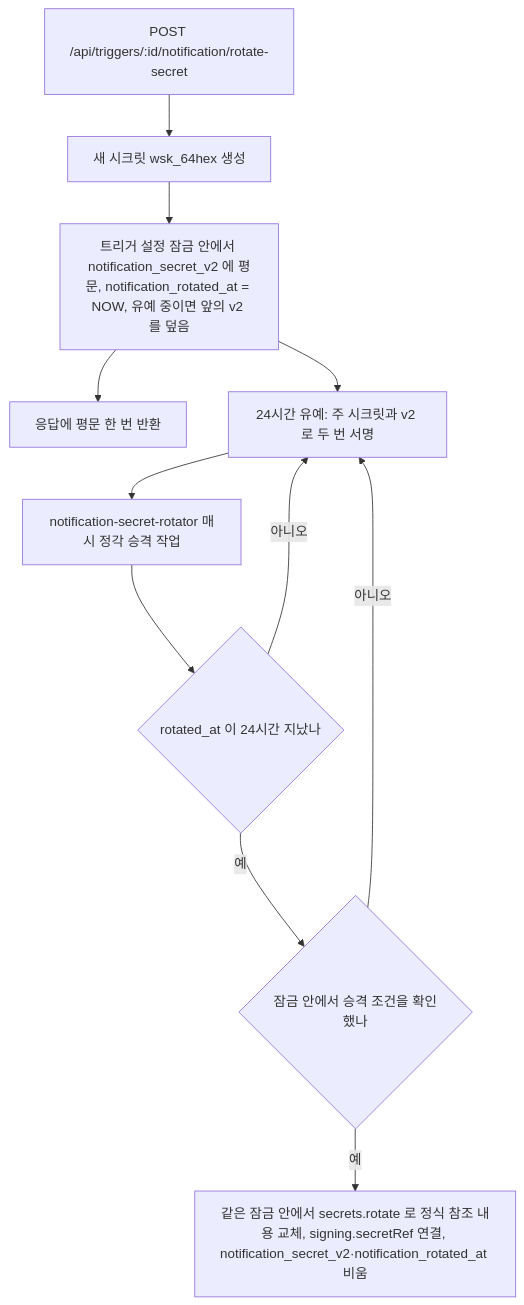
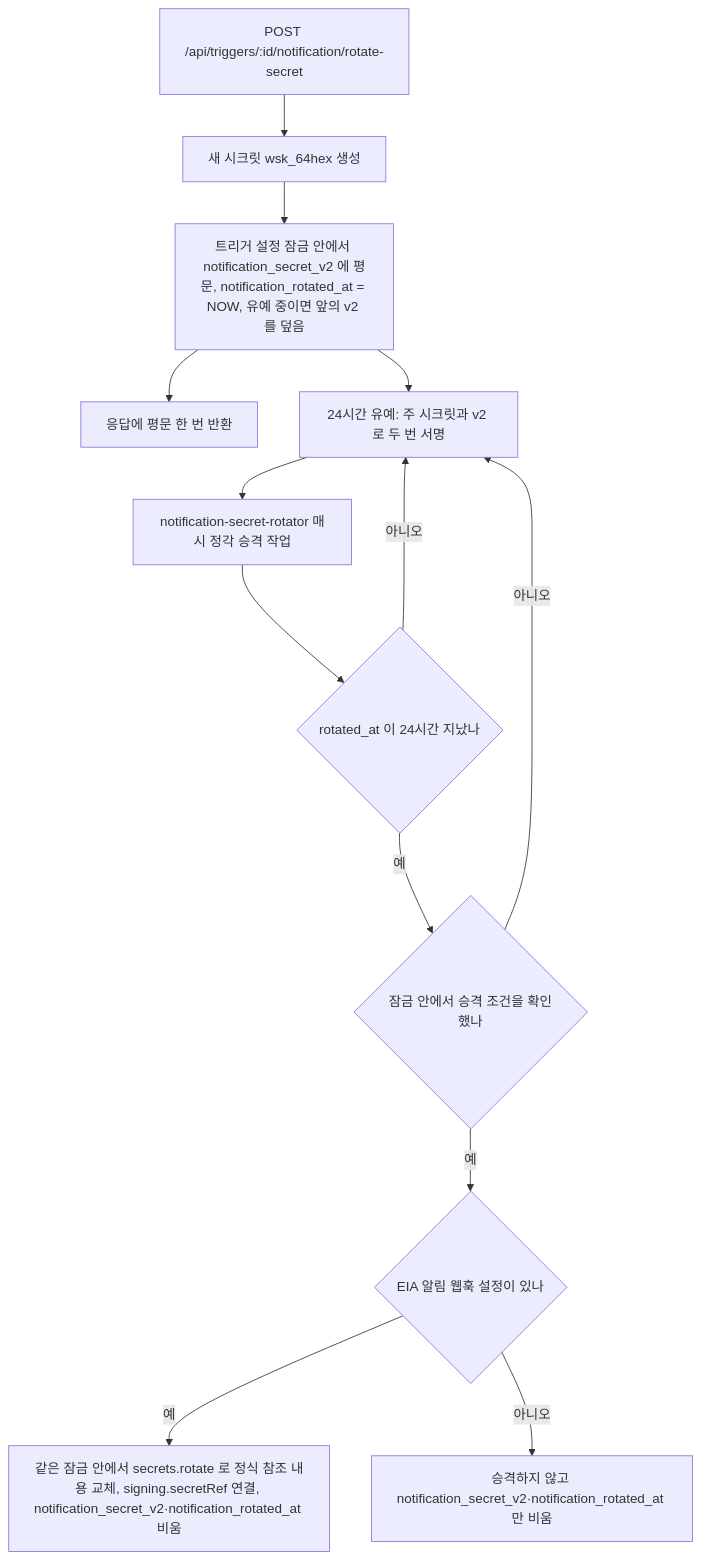
The second of 3 diagrams in spec/CLE-IX/CLE-EIA-DATA-NOTIFY.md (worker-ants/clemvion), drawn with Mermaid before and after one commit. The commit also changed other lines of this file and 5 other files, not shown here.

````diff
--- a/spec/CLE-IX/CLE-EIA-DATA-NOTIFY.md
+++ b/spec/CLE-IX/CLE-EIA-DATA-NOTIFY.md
@@ -73,13 +73,15 @@
 ```mermaid
 flowchart TD
   A[POST /api/triggers/:id/notification/rotate-secret] --> B[새 시크릿 wsk_64hex 생성]
   B --> C[트리거 설정 잠금 안에서 notification_secret_v2 에 평문, notification_rotated_at = NOW, 유예 중이면 앞의 v2 를 덮음]
   C --> D[응답에 평문 한 번 반환]
   C --> E[24시간 유예: 주 시크릿과 v2 로 두 번 서명]
   E --> F[notification-secret-rotator 매시 정각 승격 작업]
   F --> G{rotated_at 이 24시간 지났나}
   G -->|예| H{잠금 안에서 승격 조건을 확인했나}
-  H -->|예| I[같은 잠금 안에서 secrets.rotate 로 정식 참조 내용 교체, signing.secretRef 연결, notification_secret_v2·notification_rotated_at 비움]
+  H -->|예| N{EIA 알림 웹훅 설정이 있나}
+  N -->|예| I[같은 잠금 안에서 secrets.rotate 로 정식 참조 내용 교체, signing.secretRef 연결, notification_secret_v2·notification_rotated_at 비움]
+  N -->|아니오| J[승격하지 않고 notification_secret_v2·notification_rotated_at 만 비움]
   H -->|아니오| E
   G -->|아니오| E
 ```
````
